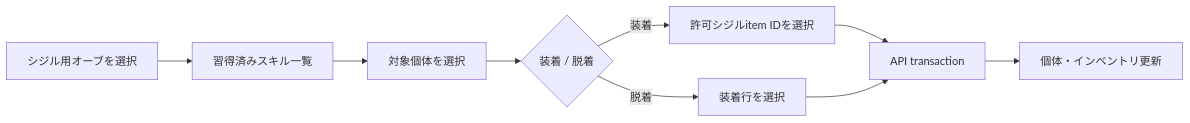
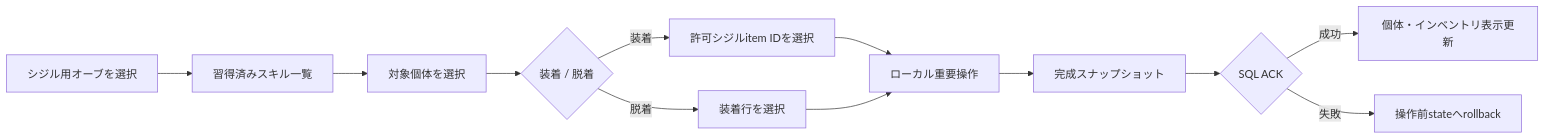
One commit to maaasu/AstralRecord-Workspace changed the third of 3 diagrams in 00_docs/10_Plugin設計書/feature/13-skill/4-統合フロー/13_4-スキルバインドGUI.md. Above: the diagram before and after it, drawn with Mermaid. The commit also changed other lines of this file and 213 other files, not shown here.

````diff
--- a/00_docs/10_Plugin設計書/feature/13-skill/4-統合フロー/13_4-スキルバインドGUI.md
+++ b/00_docs/10_Plugin設計書/feature/13-skill/4-統合フロー/13_4-スキルバインドGUI.md
@@ -64,11 +66,14 @@
 ```mermaid
 flowchart LR
     A[シジル用オーブを選択] --> B[習得済みスキル一覧]
     B --> C[対象個体を選択]
     C --> D{装着 / 脱着}
     D -->|装着| E[許可シジルitem IDを選択]
     D -->|脱着| F[装着行を選択]
-    E --> G[API transaction]
+    E --> G[ローカル重要操作]
     F --> G
-    G --> H[個体・インベントリ更新]
+    G --> H[完成スナップショット]
+    H --> I{SQL ACK}
+    I -->|成功| J[個体・インベントリ表示更新]
+    I -->|失敗| K[操作前stateへrollback]
 ```
````
